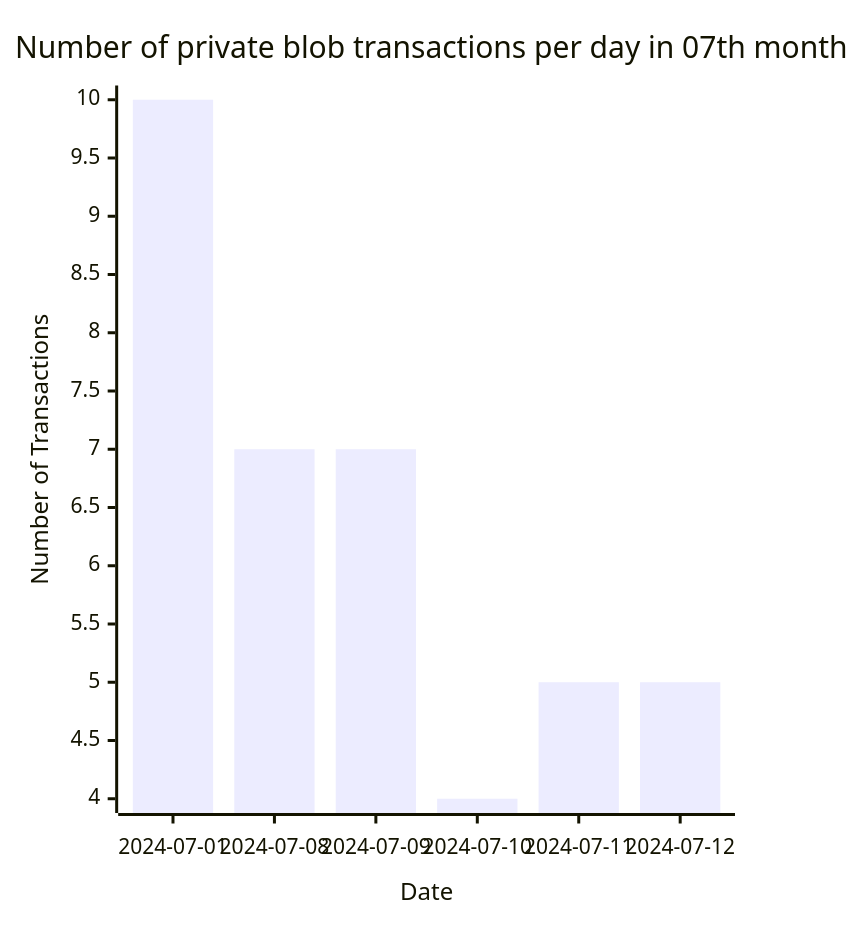
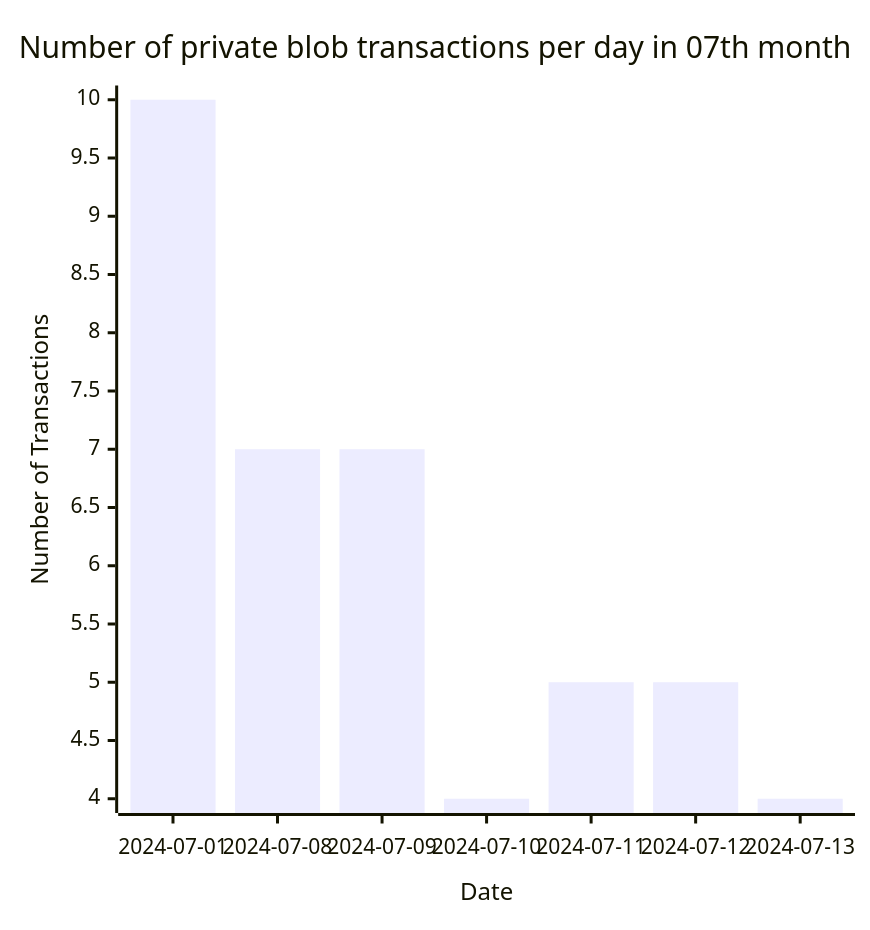
The fifth of 5 diagrams in README.md (Amit0617/eip4844-data), drawn with Mermaid before and after one commit. The commit also changed 1 other file, not shown here.

````diff
--- a/README.md
+++ b/README.md
@@ -53,12 +53,12 @@
 ```mermaid
 ---
 config:
     xyChart:
-        width: 480
+        width: 560
         height: 600
 ---
 xychart-beta title "Number of private blob transactions per day in 07th month"
-x-axis "Date" [2024-07-01,2024-07-08,2024-07-09,2024-07-10,2024-07-11,2024-07-12]
+x-axis "Date" [2024-07-01,2024-07-08,2024-07-09,2024-07-10,2024-07-11,2024-07-12,2024-07-13]
 y-axis "Number of Transactions"
-bar[10,7,7,4,5,5]
+bar[10,7,7,4,5,5,4]
 ```
````
